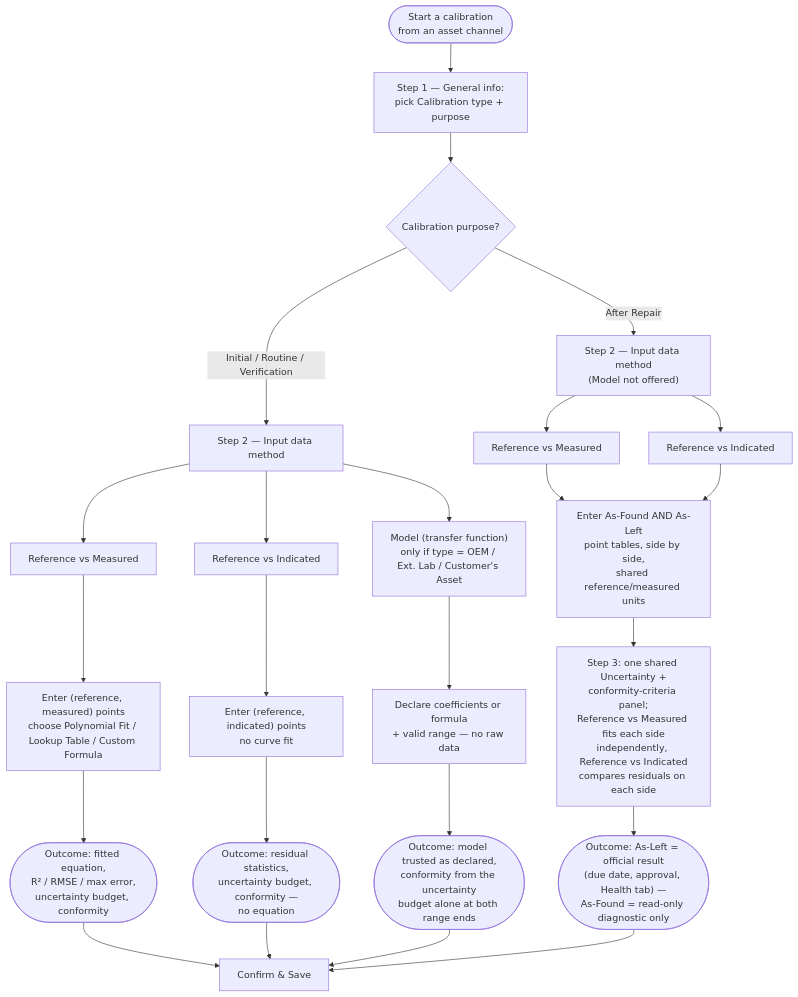
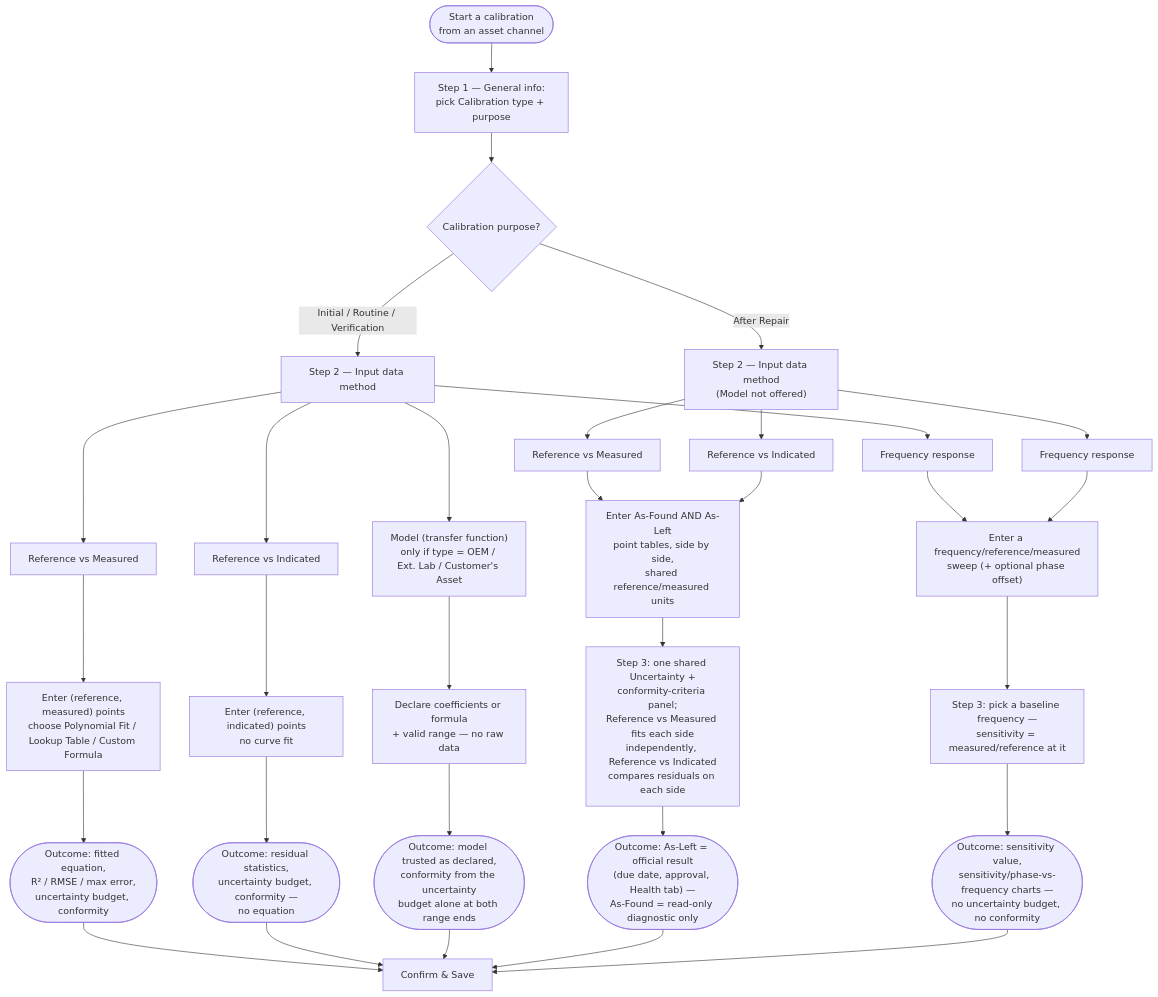
One commit to open-gauge/open-gauge changed the diagram in apps/docs/content/docs/guide/calibration/overview.mdx. Above: the diagram before and after it, drawn with Mermaid. The commit also changed other lines of this file and 55 other files, not shown here.

````diff
--- a/apps/docs/content/docs/guide/calibration/overview.mdx
+++ b/apps/docs/content/docs/guide/calibration/overview.mdx
@@ -64,34 +67,42 @@
 ```mermaid
 flowchart TD
     Start(["Start a calibration<br/>from an asset channel"]) --> Step1["Step 1 — General info:<br/>pick Calibration type + purpose"]
     Step1 --> Purpose{"Calibration purpose?"}
 
     Purpose -->|"Initial / Routine / Verification"| Picker1["Step 2 — Input data method"]
     Purpose -->|"After Repair"| Picker2["Step 2 — Input data method<br/>(Model not offered)"]
 
     Picker1 --> RVM["Reference vs Measured"]
     Picker1 --> RVI["Reference vs Indicated"]
     Picker1 --> Model["Model (transfer function)<br/>only if type = OEM / Ext. Lab / Customer's Asset"]
+    Picker1 --> FreqResp["Frequency response"]
 
     Picker2 --> RVMAfter["Reference vs Measured"]
     Picker2 --> RVIAfter["Reference vs Indicated"]
+    Picker2 --> FreqRespAfter["Frequency response"]
 
     RVM --> RVMEntry["Enter (reference, measured) points<br/>choose Polynomial Fit / Lookup Table / Custom Formula"]
     RVMEntry --> RVMOut(["Outcome: fitted equation,<br/>R² / RMSE / max error,<br/>uncertainty budget, conformity"])
 
     RVI --> RVIEntry["Enter (reference, indicated) points<br/>no curve fit"]
     RVIEntry --> RVIOut(["Outcome: residual statistics,<br/>uncertainty budget, conformity —<br/>no equation"])
 
     Model --> ModelEntry["Declare coefficients or formula<br/>+ valid range — no raw data"]
     ModelEntry --> ModelOut(["Outcome: model trusted as declared,<br/>conformity from the uncertainty<br/>budget alone at both range ends"])
 
     RVMAfter --> AfalEntry["Enter As-Found AND As-Left<br/>point tables, side by side,<br/>shared reference/measured units"]
     RVIAfter --> AfalEntry
     AfalEntry --> AfalCalc["Step 3: one shared Uncertainty +<br/>conformity-criteria panel;<br/>Reference vs Measured fits each side<br/>independently, Reference vs Indicated<br/>compares residuals on each side"]
     AfalCalc --> AfalOut(["Outcome: As-Left = official result<br/>(due date, approval, Health tab) —<br/>As-Found = read-only diagnostic only"])
 
+    FreqResp --> FreqEntry["Enter a frequency/reference/measured<br/>sweep (+ optional phase offset)"]
+    FreqRespAfter --> FreqEntry
+    FreqEntry --> FreqCalc["Step 3: pick a baseline frequency —<br/>sensitivity = measured/reference at it"]
+    FreqCalc --> FreqOut(["Outcome: sensitivity value,<br/>sensitivity/phase-vs-frequency charts —<br/>no uncertainty budget, no conformity"])
+
     RVMOut --> Save["Confirm & Save"]
     RVIOut --> Save
     ModelOut --> Save
     AfalOut --> Save
+    FreqOut --> Save
 ```
````
